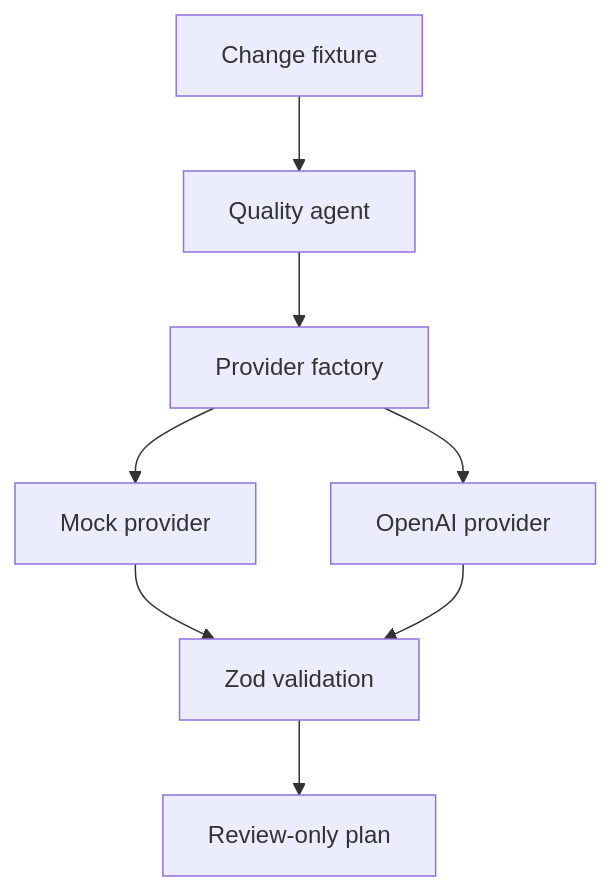
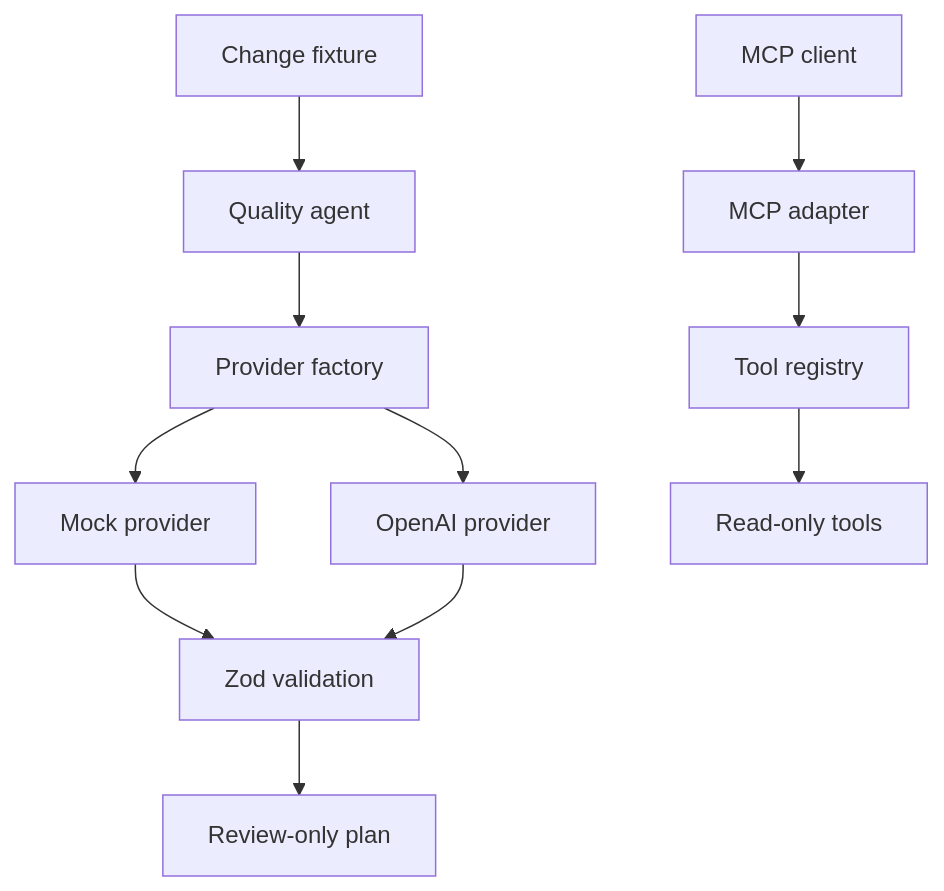
Before and after one commit to garontherocks/ai-first-quality-agent: the diagram in docs/ARCHITECTURE.md, drawn with Mermaid. The commit also changed other lines of this file and 15 other files, not shown here.

````diff
--- a/docs/ARCHITECTURE.md
+++ b/docs/ARCHITECTURE.md
@@ -5,10 +5,13 @@
 ```mermaid
 flowchart TD
   Change[Change fixture] --> Agent[Quality agent]
   Agent --> Factory[Provider factory]
   Factory --> Mock[Mock provider]
   Factory --> Live[OpenAI provider]
   Mock --> Schema[Zod validation]
   Live --> Schema
   Schema --> Plan[Review-only plan]
+  Client[MCP client] --> MCP[MCP adapter]
+  MCP --> Registry[Tool registry]
+  Registry --> ReadOnly[Read-only tools]
 ```
````
